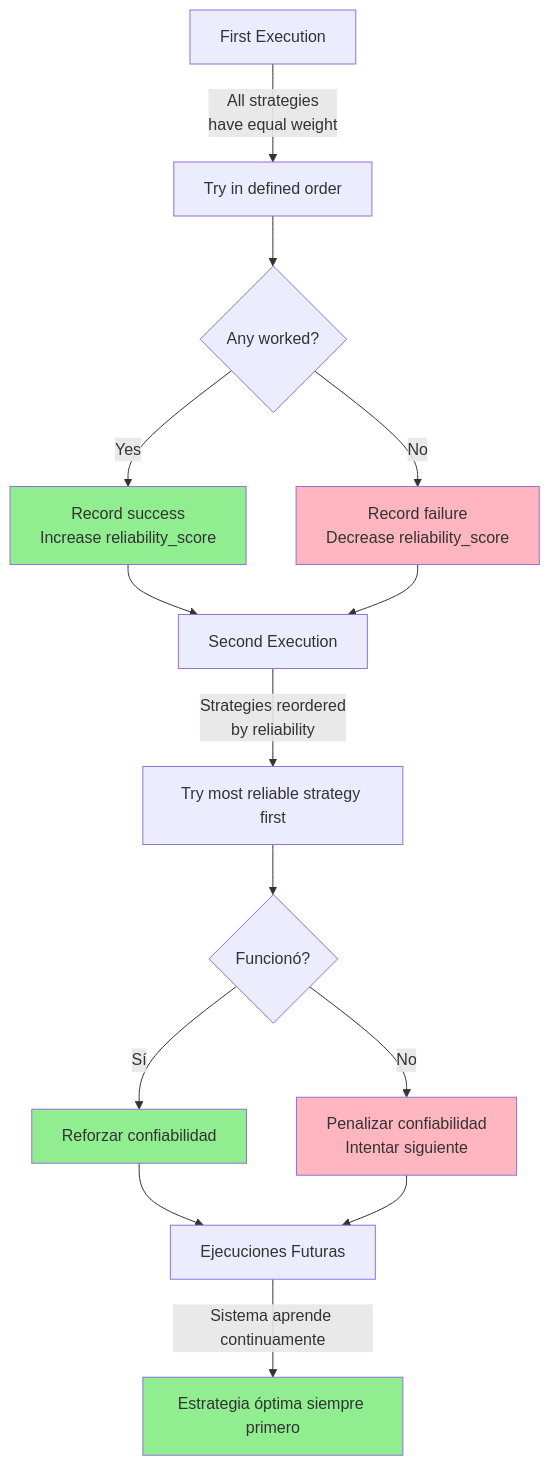
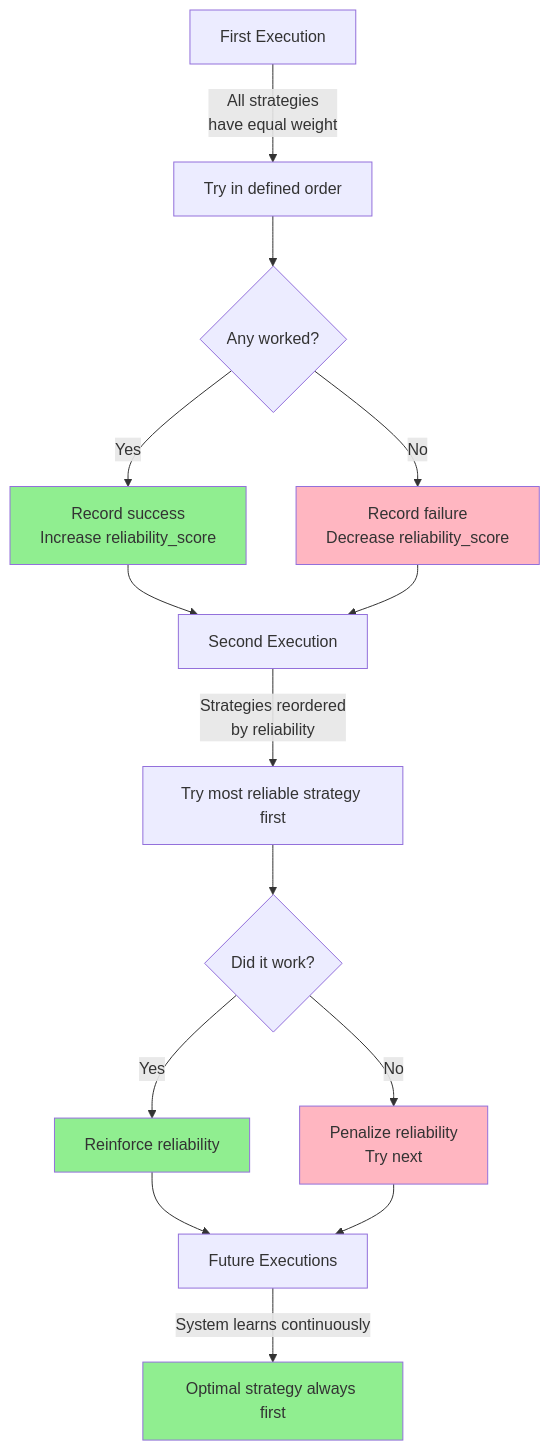
The second of 3 diagrams in ui-testing-ai/diagrams/self-healing-flow.md (MiguelDiazVelarde/AIInitiatives), drawn with Mermaid before and after one commit. The commit also changed other lines of this file and 1 other file, not shown here.

Commit message:
fix: Update Spanish to English translations in self-healing and visual testing flow diagrams for consistency

````diff
--- a/ui-testing-ai/diagrams/self-healing-flow.md
+++ b/ui-testing-ai/diagrams/self-healing-flow.md
@@ -125,26 +125,26 @@
 ```mermaid
 graph TD
     A[First Execution] -->|All strategies<br/>have equal weight| B[Try in defined order]
     B --> C{Any worked?}
     C -->|Yes| D[Record success<br/>Increase reliability_score]
     C -->|No| E[Record failure<br/>Decrease reliability_score]
     
     D --> F[Second Execution]
     E --> F
     
     F -->|Strategies reordered<br/>by reliability| G[Try most reliable strategy first]
-    G --> H{Funcionó?}
-    H -->|Sí| I[Reforzar confiabilidad]
-    H -->|No| J[Penalizar confiabilidad<br/>Intentar siguiente]
+    G --> H{Did it work?}
+    H -->|Yes| I[Reinforce reliability]
+    H -->|No| J[Penalize reliability<br/>Try next]
     
-    I --> K[Ejecuciones Futuras]
+    I --> K[Future Executions]
     J --> K
     
-    K -->|Sistema aprende continuamente| L[Estrategia óptima siempre primero]
+    K -->|System learns continuously| L[Optimal strategy always first]
     
     style D fill:#90EE90
     style I fill:#90EE90
     style L fill:#90EE90
     style E fill:#FFB6C1
     style J fill:#FFB6C1
 ```
````
